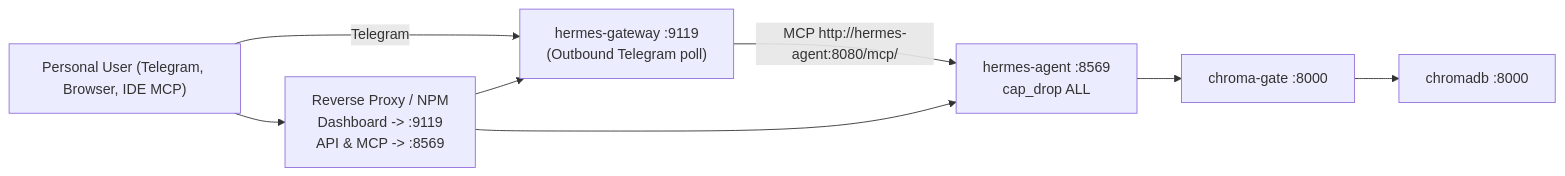
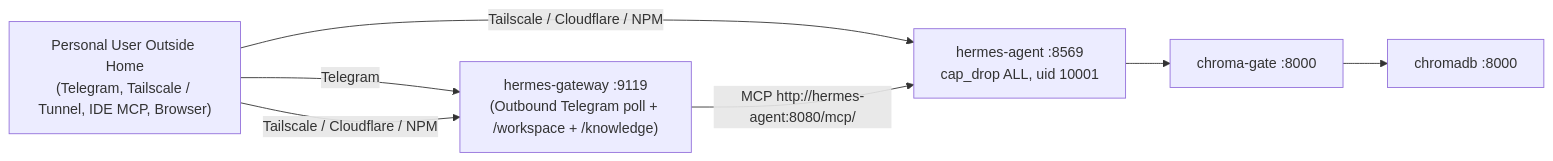
One commit to Sadramst/hermes-agent changed the diagram in docs/DEPLOYMENT.md. Above: the diagram before and after it, drawn with Mermaid. The commit also changed other lines of this file and 34 other files, not shown here.

First line of the commit message:
v0.6.0: Add Mini PC Personal Brain, Multi-Project Workspace Commander, and Remote Access

````diff
--- a/docs/DEPLOYMENT.md
+++ b/docs/DEPLOYMENT.md
@@ -16,16 +17,14 @@
 ```mermaid
 flowchart LR
-  user["Personal User (Telegram, Browser, IDE MCP)"]
-  proxy["Reverse Proxy / NPM\nDashboard -> :9119\nAPI & MCP -> :8569"]
-  gw["hermes-gateway :9119\n(Outbound Telegram poll)"]
-  agent["hermes-agent :8569\ncap_drop ALL"]
+  user["Personal User Outside Home\n(Telegram, Tailscale / Tunnel, IDE MCP, Browser)"]
+  gw["hermes-gateway :9119\n(Outbound Telegram poll + /workspace + /knowledge)"]
+  agent["hermes-agent :8569\ncap_drop ALL, uid 10001"]
   gate["chroma-gate :8000"]
   chroma["chromadb :8000"]
 
   user -->|"Telegram"| gw
-  user --> proxy
-  proxy --> gw
-  proxy --> agent
+  user -->|"Tailscale / Cloudflare / NPM"| gw
+  user -->|"Tailscale / Cloudflare / NPM"| agent
   gw -->|"MCP http://hermes-agent:8080/mcp/"| agent
   agent --> gate --> chroma
 ```
````
